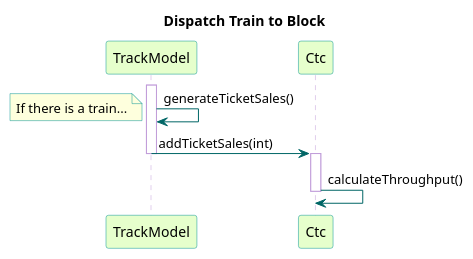
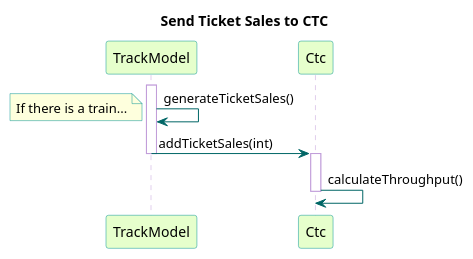
The diagram in TrainSystem/yUML/Sequence Diagrams/Overall/GetTicketSales.pu (kevingilboy/COE1186), drawn with PlantUML before and after one commit. The commit also changed 3 other files, not shown here.

```diff
--- a/TrainSystem/yUML/Sequence Diagrams/Overall/GetTicketSales.pu
+++ b/TrainSystem/yUML/Sequence Diagrams/Overall/GetTicketSales.pu
@@ -1,31 +1,31 @@
 @startuml
 
-title Dispatch Train to Block
+title Send Ticket Sales to CTC
 
 skinparam noteBorderColor #049595
 
 skinparam sequence {
   BackgroundColor transparent
   ParticipantBackgroundColor #e6ffcc
   ParticipantBorderColor 	#049595
   noteBorderColor 	#049595
   PackageBorderCOlor  #049595
   ArrowColor #006666
   LifeLineBorderColor #c09cd9
 }
 
 participant TrackModel
 participant Ctc
 
 activate TrackModel
 TrackModel -> TrackModel : generateTicketSales()
 note left: If there is a train...
 TrackModel -> Ctc : addTicketSales(int)
 deactivate TrackModel
 
 activate Ctc
 Ctc -> Ctc : calculateThroughput()
 deactivate Ctc
 
 
 @enduml
```
